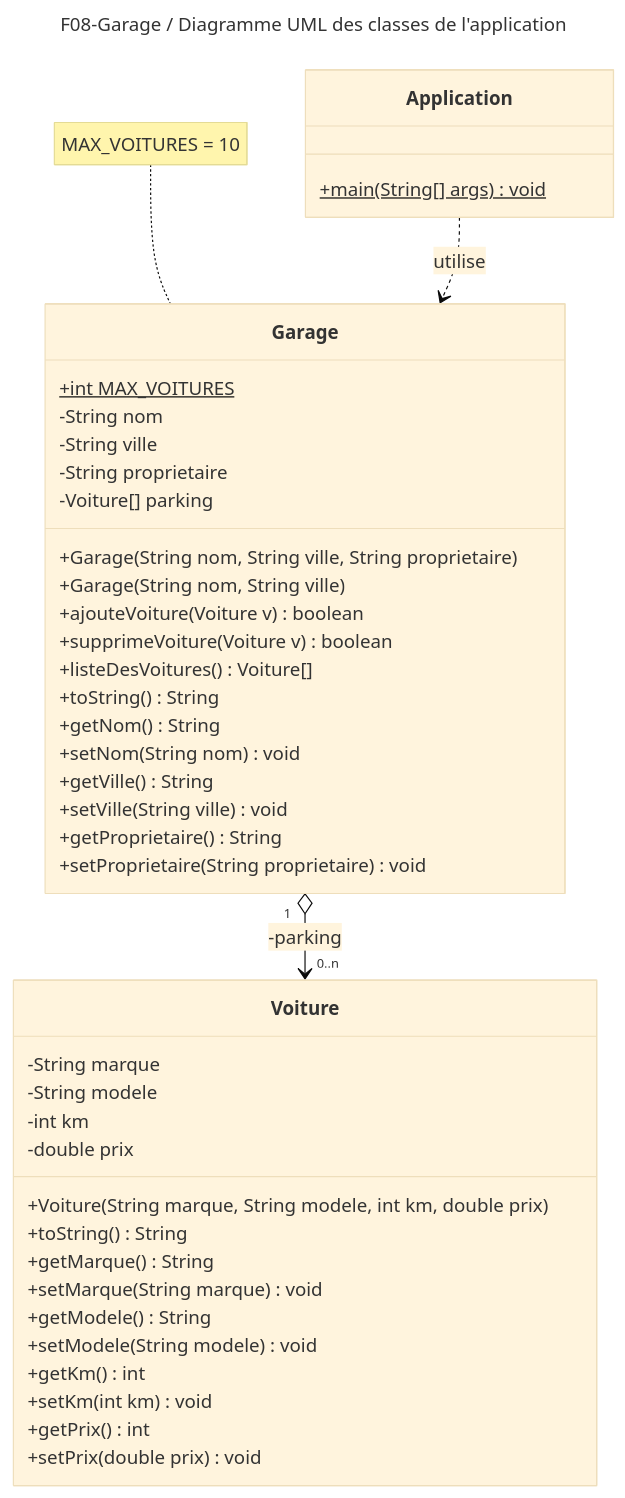
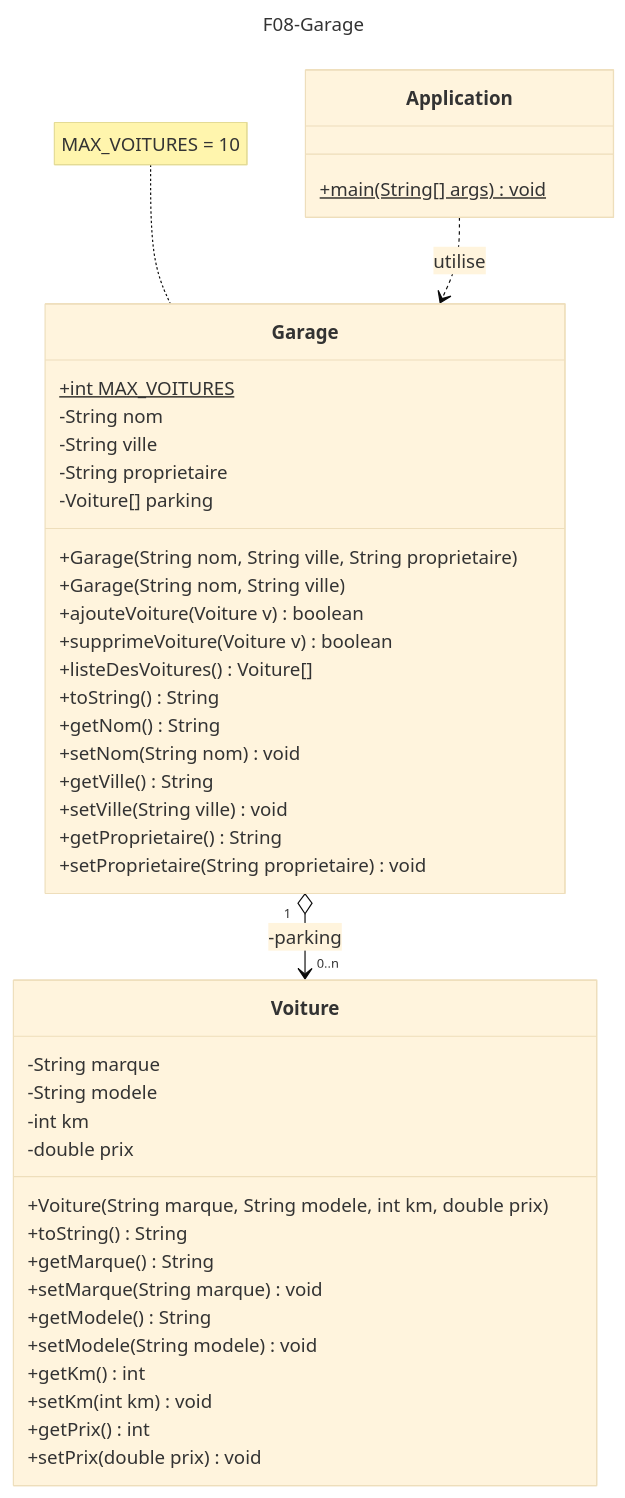
Before and after one commit to emf-info-d400/F08-Garage: the third of 3 diagrams in UML-F08-Garage.md, drawn with Mermaid (base theme). The commit also changed other lines of this file, not shown here.

````diff
--- a/UML-F08-Garage.md
+++ b/UML-F08-Garage.md
@@ -67,47 +67,47 @@
 ```mermaid
 ---
-title: F08-Garage / Diagramme UML des classes de l'application
+title: F08-Garage
 ---
 classDiagram
 class Application {
     +main(String[] args)$ void
 }
 class Voiture {
     -String marque
     -String modele
     -int km
     -double prix
     +Voiture(String marque, String modele, int km, double prix)
     +toString() String
     +getMarque() String
     +setMarque(String marque) void
     +getModele() String
     +setModele(String modele) void
     +getKm() int
     +setKm(int km) void
     +getPrix() int
     +setPrix(double prix) void
 }
 class Garage {
     +int MAX_VOITURES$
     -String nom
     -String ville
     -String proprietaire
     -Voiture[] parking
     +Garage(String nom, String ville, String proprietaire)
     +Garage(String nom, String ville)
     +ajouteVoiture(Voiture v) boolean
     +supprimeVoiture(Voiture v) boolean
     +listeDesVoitures() Voiture[]
     +toString() String
     +getNom() String
     +setNom(String nom) void
     +getVille() String
     +setVille(String ville) void
     +getProprietaire() String
     +setProprietaire(String proprietaire) void
 }
 note for Garage "MAX_VOITURES = 10"
 Garage "1" o--> "0..n" Voiture : -parking
 Application ..> Garage : utilise
 ```
````
